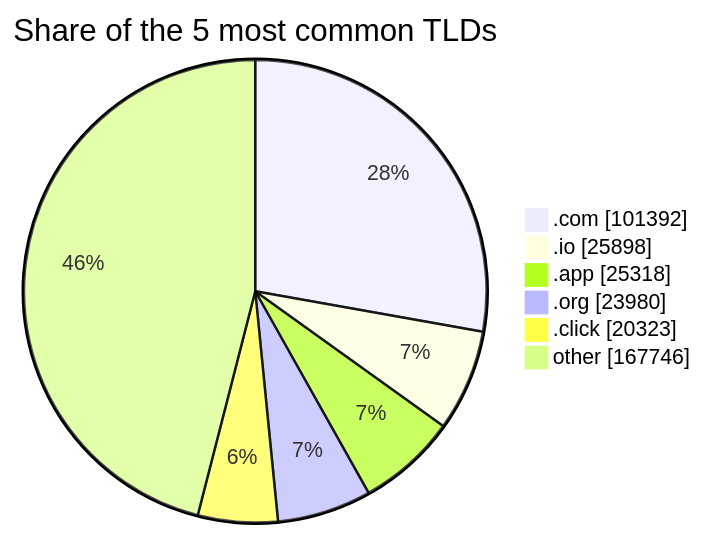
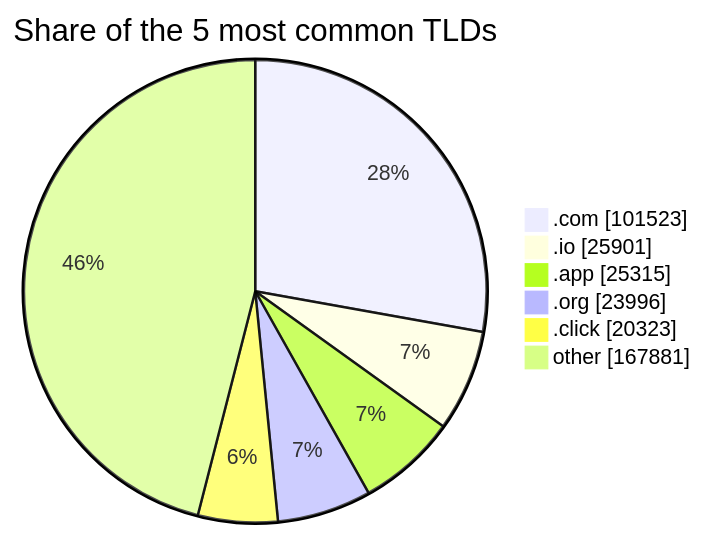
The third of 3 diagrams in README.md (DNSBunker/CTI), drawn with Mermaid before and after one commit. The commit also changed other lines of this file and 3 other files, not shown here.

````diff
--- a/README.md
+++ b/README.md
@@ -81,9 +81,9 @@
 ```mermaid
 pie showData title Share of the 5 most common TLDs
-    ".com" : 101392
-    ".io" : 25898
-    ".app" : 25318
-    ".org" : 23980
+    ".com" : 101523
+    ".io" : 25901
+    ".app" : 25315
+    ".org" : 23996
     ".click" : 20323
-    "other" : 167746
+    "other" : 167881
 ```
````
